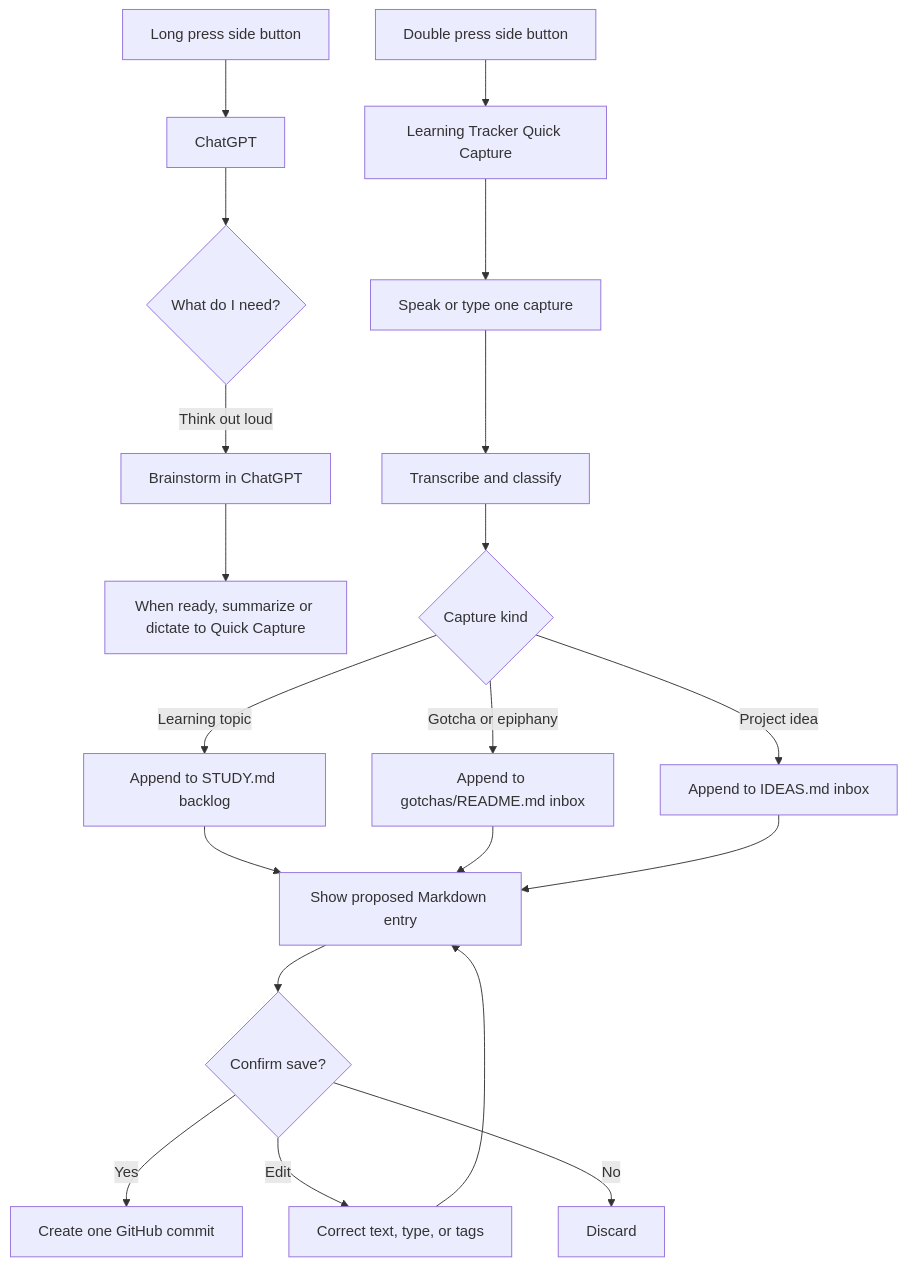
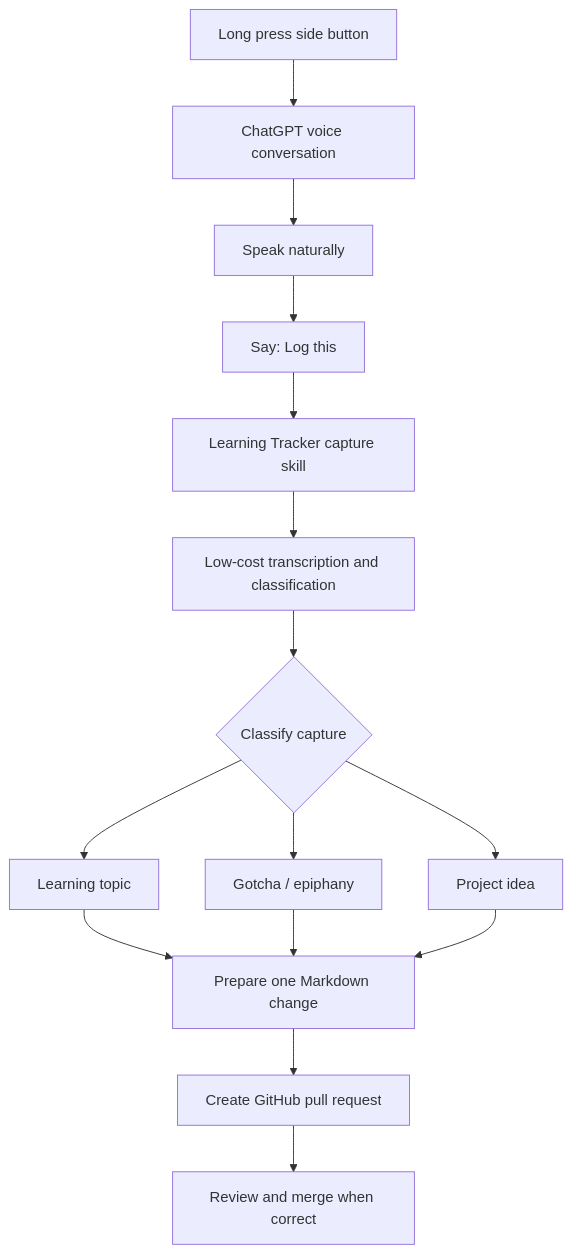
The first of 2 diagrams in project-seeds/EXPLORING/learning-tracker/mobile-interface.md (parjanay/personal-notes), drawn with Mermaid before and after one commit. The commit also changed other lines of this file and 1 other file, not shown here.

Commit message:
Split learning tracker mobile POC and app phases

````diff
--- a/project-seeds/EXPLORING/learning-tracker/mobile-interface.md
+++ b/project-seeds/EXPLORING/learning-tracker/mobile-interface.md
@@ -30,22 +16,17 @@
 ```mermaid
 flowchart TD
-    A[Long press side button] --> B[ChatGPT]
-    B --> C{What do I need?}
-    C -- Think out loud --> D[Brainstorm in ChatGPT]
-    D --> E[When ready, summarize or dictate to Quick Capture]
-    A2[Double press side button] --> F[Learning Tracker Quick Capture]
-    F --> G[Speak or type one capture]
-    G --> H[Transcribe and classify]
-    H --> I{Capture kind}
-    I -- Learning topic --> J[Append to STUDY.md backlog]
-    I -- Gotcha or epiphany --> K[Append to gotchas/README.md inbox]
-    I -- Project idea --> L[Append to IDEAS.md inbox]
-    J --> M[Show proposed Markdown entry]
-    K --> M
-    L --> M
-    M --> N{Confirm save?}
-    N -- Yes --> O[Create one GitHub commit]
-    N -- Edit --> P[Correct text, type, or tags]
-    P --> M
-    N -- No --> Q[Discard]
+    A[Long press side button] --> B[ChatGPT voice conversation]
+    B --> C[Speak naturally]
+    C --> D[Say: Log this]
+    D --> E[Learning Tracker capture skill]
+    E --> F[Low-cost transcription and classification]
+    F --> G{Classify capture}
+    G --> H[Learning topic]
+    G --> I[Gotcha / epiphany]
+    G --> J[Project idea]
+    H --> K[Prepare one Markdown change]
+    I --> K
+    J --> K
+    K --> L[Create GitHub pull request]
+    L --> M[Review and merge when correct]
 ```
````
